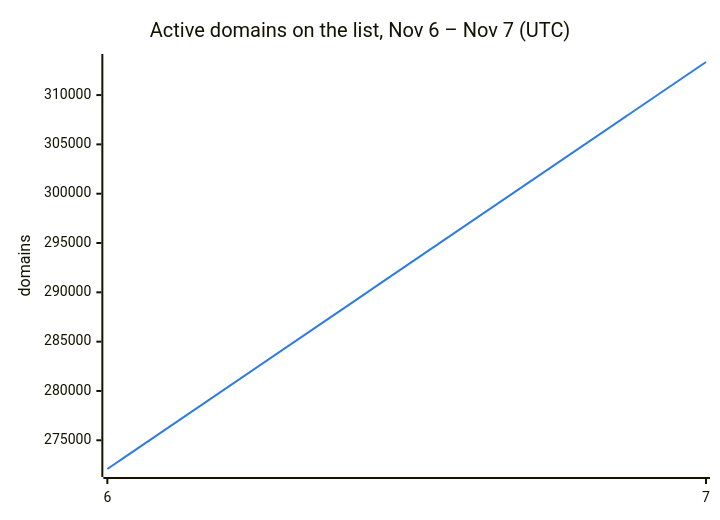
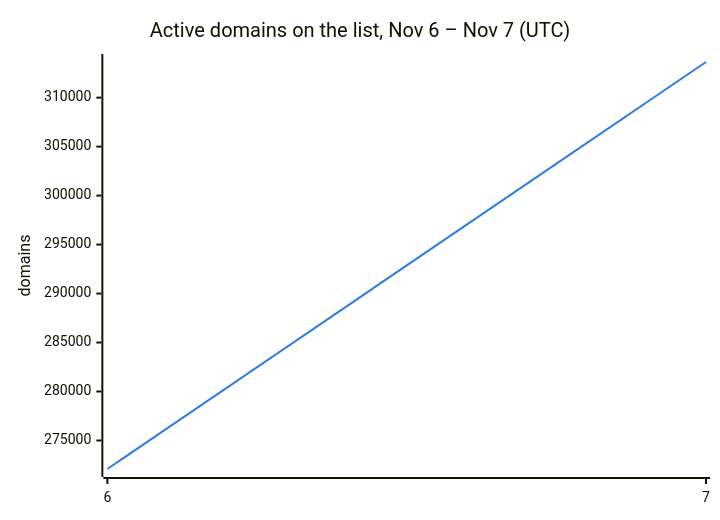
One commit to DNSBunker/CTI changed the second of 3 diagrams in README.md. Above: the diagram before and after it, drawn with Mermaid. The commit also changed other lines of this file and 3 other files, not shown here.

````diff
--- a/README.md
+++ b/README.md
@@ -38,8 +38,8 @@
 ```mermaid
 %%{init: {"themeVariables": {"xyChart": {"plotColorPalette": "#2c7be5"}}}}%%
 xychart-beta
     title "Active domains on the list, Nov 6 – Nov 7 (UTC)"
     x-axis ["6", "7"]
     y-axis "domains"
-    line [272088, 313353]
+    line [272088, 313639]
 ```
````
